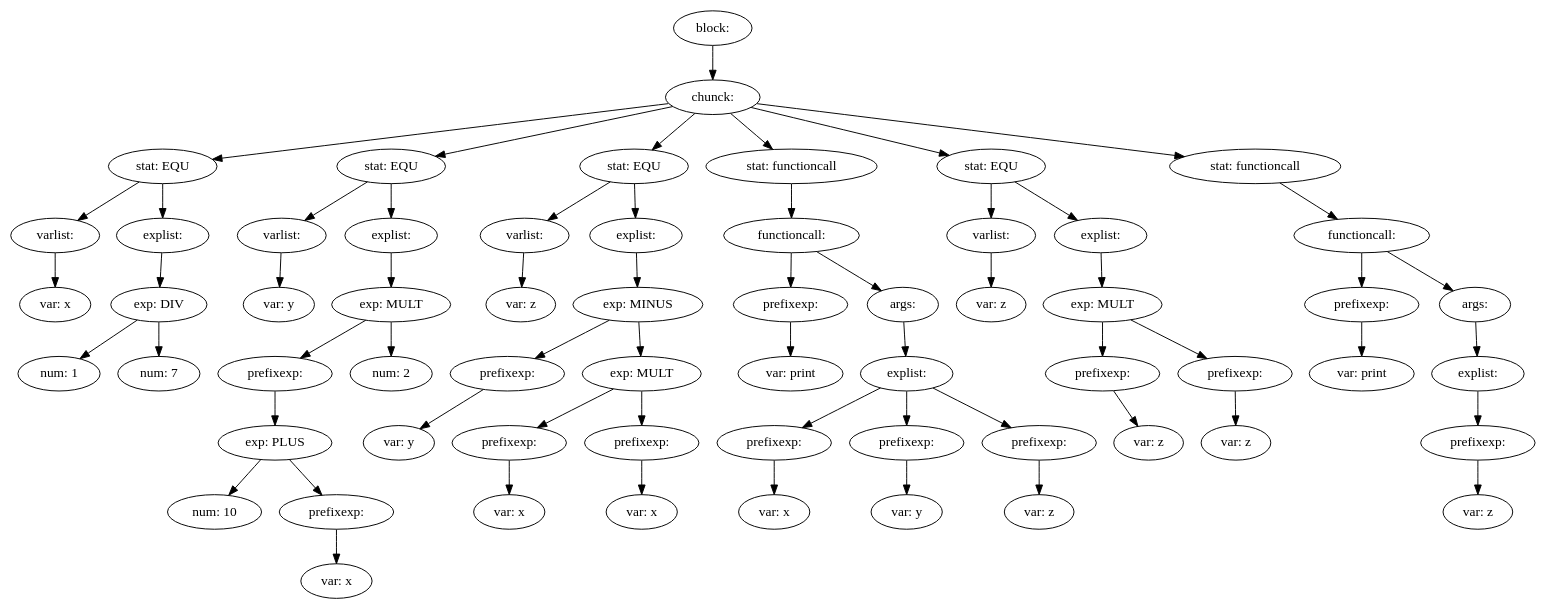
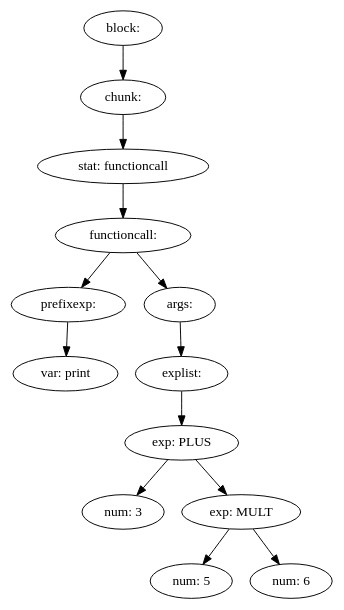
One commit to Inkaru/compiler changed the diagram in ass1-int/source.md. Above: the diagram before and after it, drawn with Graphviz. The commit also changed 9 other files, not shown here.

````diff
--- a/ass1-int/source.md
+++ b/ass1-int/source.md
@@ -1,125 +1,29 @@
 ```graphviz
 digraph {
-60 [label="block: "];
-60 -> 7
-7 [label="chunck: "];
+12 [label="block: "];
+12 -> 11
+11 [label="chunk: "];
+11 -> 10
+10 [label="stat: functioncall"];
+10 -> 9
+9 [label="functioncall: "];
+9 -> 1
+9 -> 8
+1 [label="prefixexp: "];
+1 -> 0
+0 [label="var: print"];
+8 [label="args: "];
+8 -> 7
+7 [label="explist: "];
 7 -> 6
-7 -> 18
-7 -> 30
-7 -> 42
-7 -> 51
-7 -> 59
-6 [label="stat: EQU"];
-6 -> 1
+6 [label="exp: PLUS"];
+6 -> 2
 6 -> 5
-1 [label="varlist: "];
-1 -> 0
-0 [label="var: x"];
-5 [label="explist: "];
+2 [label="num: 3"];
+5 [label="exp: MULT"];
+5 -> 3
 5 -> 4
-4 [label="exp: DIV"];
-4 -> 2
-4 -> 3
-2 [label="num: 1"];
-3 [label="num: 7"];
-18 [label="stat: EQU"];
-18 -> 9
-18 -> 17
-9 [label="varlist: "];
-9 -> 8
-8 [label="var: y"];
-17 [label="explist: "];
-17 -> 16
-16 [label="exp: MULT"];
-16 -> 14
-16 -> 15
-14 [label="prefixexp: "];
-14 -> 13
-13 [label="exp: PLUS"];
-13 -> 10
-13 -> 12
-10 [label="num: 10"];
-12 [label="prefixexp: "];
-12 -> 11
-11 [label="var: x"];
-15 [label="num: 2"];
-30 [label="stat: EQU"];
-30 -> 20
-30 -> 29
-20 [label="varlist: "];
-20 -> 19
-19 [label="var: z"];
-29 [label="explist: "];
-29 -> 28
-28 [label="exp: MINUS"];
-28 -> 22
-28 -> 27
-22 [label="prefixexp: "];
-22 -> 21
-21 [label="var: y"];
-27 [label="exp: MULT"];
-27 -> 24
-27 -> 26
-24 [label="prefixexp: "];
-24 -> 23
-23 [label="var: x"];
-26 [label="prefixexp: "];
-26 -> 25
-25 [label="var: x"];
-42 [label="stat: functioncall"];
-42 -> 41
-41 [label="functioncall: "];
-41 -> 32
-41 -> 40
-32 [label="prefixexp: "];
-32 -> 31
-31 [label="var: print"];
-40 [label="args: "];
-40 -> 35
-35 [label="explist: "];
-35 -> 34
-35 -> 37
-35 -> 39
-34 [label="prefixexp: "];
-34 -> 33
-33 [label="var: x"];
-37 [label="prefixexp: "];
-37 -> 36
-36 [label="var: y"];
-39 [label="prefixexp: "];
-39 -> 38
-38 [label="var: z"];
-51 [label="stat: EQU"];
-51 -> 44
-51 -> 50
-44 [label="varlist: "];
-44 -> 43
-43 [label="var: z"];
-50 [label="explist: "];
-50 -> 49
-49 [label="exp: MULT"];
-49 -> 46
-49 -> 48
-46 [label="prefixexp: "];
-46 -> 45
-45 [label="var: z"];
-48 [label="prefixexp: "];
-48 -> 47
-47 [label="var: z"];
-59 [label="stat: functioncall"];
-59 -> 58
-58 [label="functioncall: "];
-58 -> 53
-58 -> 57
-53 [label="prefixexp: "];
-53 -> 52
-52 [label="var: print"];
-57 [label="args: "];
-57 -> 56
-56 [label="explist: "];
-56 -> 55
-55 [label="prefixexp: "];
-55 -> 54
-54 [label="var: z"];
+3 [label="num: 5"];
+4 [label="num: 6"];
 }
 ```
````
